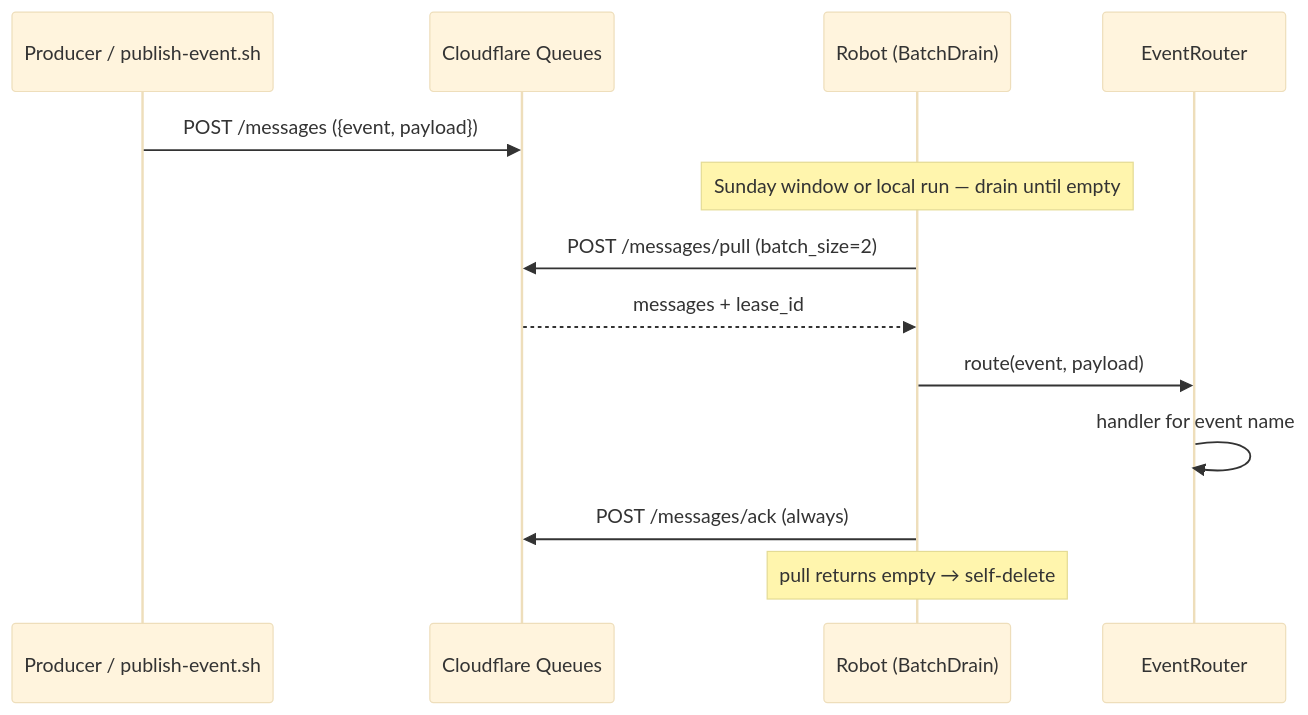
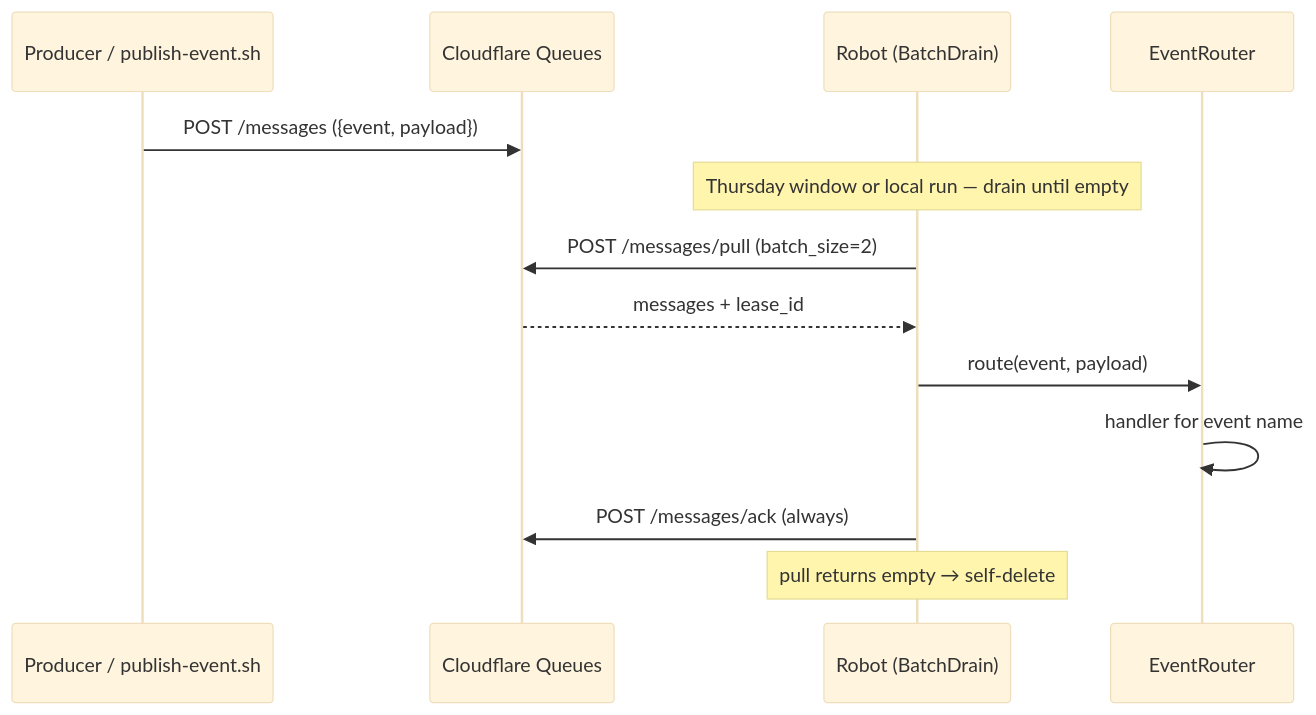
One commit to emmanuelviniciusdev/SkyDIIV--backstage changed the diagram in apps/robot-shopping-suggestions/docs/PUBLISH_EVENTS.md. Above: the diagram before and after it, drawn with Mermaid (base theme). The commit also changed other lines of this file and 8 other files, not shown here.

Commit message:
chore(robot-shopping-suggestions): run weekly window on Thursday 19:00 BRT

````diff
--- a/apps/robot-shopping-suggestions/docs/PUBLISH_EVENTS.md
+++ b/apps/robot-shopping-suggestions/docs/PUBLISH_EVENTS.md
@@ -103,16 +103,16 @@
 ```mermaid
 sequenceDiagram
   participant Prod as Producer / publish-event.sh
   participant Q as Cloudflare Queues
   participant R as Robot (BatchDrain)
   participant Router as EventRouter
 
   Prod->>Q: POST /messages ({event, payload})
-  Note over R: Sunday window or local run — drain until empty
+  Note over R: Thursday window or local run — drain until empty
   R->>Q: POST /messages/pull (batch_size=2)
   Q-->>R: messages + lease_id
   R->>Router: route(event, payload)
   Router->>Router: handler for event name
   R->>Q: POST /messages/ack (always)
   Note over R: pull returns empty → self-delete
 ```
````
